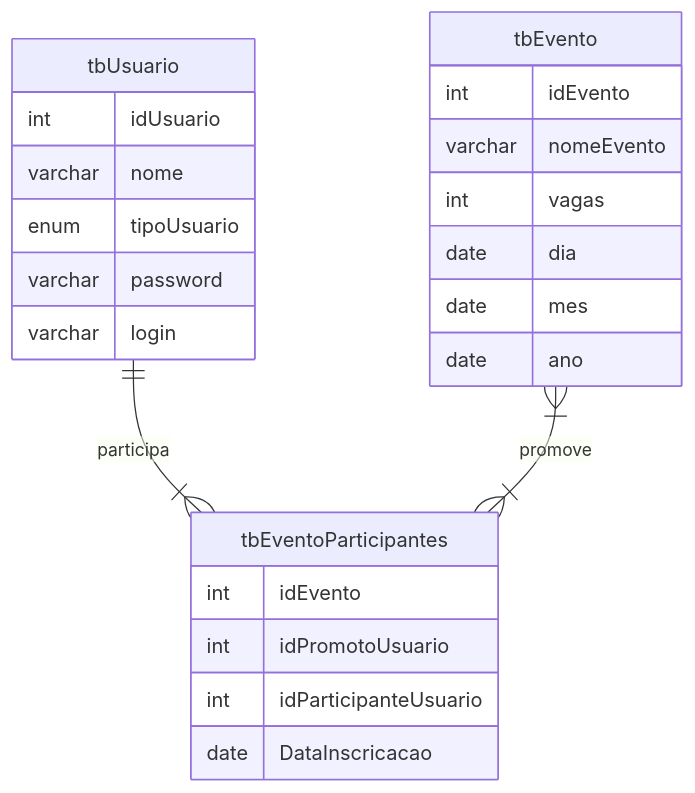
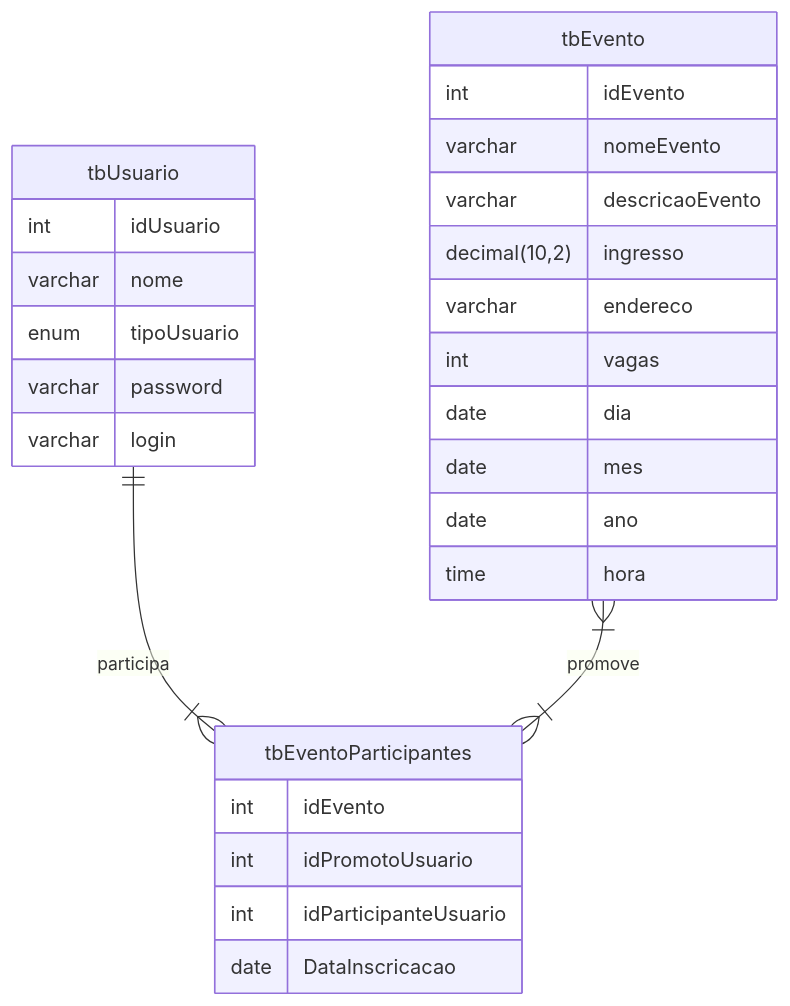
One commit to GstavRocha/Event_Planner changed the diagram in Documentacao/DbDiagrama.md. Above: the diagram before and after it, drawn with Mermaid.

Commit message:
Atualizar o DbDiagrama.md
adicionado os campos descriçãoEvento, ingresso, endereço,hora em tbEvento

````diff
--- a/Documentacao/DbDiagrama.md
+++ b/Documentacao/DbDiagrama.md
@@ -5,29 +5,33 @@
 ```mermaid
 
 erDiagram
 
     tbUsuario{
         int idUsuario
         varchar nome
         enum tipoUsuario
         varchar password
         varchar login
     }
     tbEvento{
         int idEvento
         varchar nomeEvento
+        varchar descricaoEvento
+        decimal(10,2) ingresso
+        varchar endereco
         int vagas
         date dia
         date mes
         date ano
+        time hora
     }
     tbEventoParticipantes{
         int idEvento
         int idPromotoUsuario
         int idParticipanteUsuario
         date DataInscricacao
 
     }
     tbUsuario ||--|{ tbEventoParticipantes: participa
     tbEvento }|--|{ tbEventoParticipantes: promove
 ```
````
